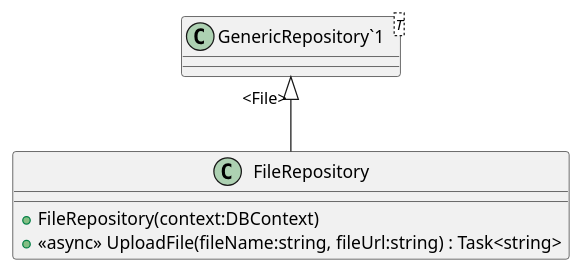
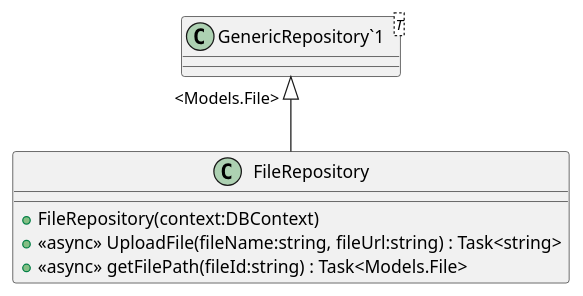
The diagram in YouthActionDotNet/UML/DAL/FileRepository.puml (timothxy/ICT2106_P3_Project), drawn with PlantUML before and after one commit. The commit also changed 29 other files, not shown here.

```diff
--- a/YouthActionDotNet/UML/DAL/FileRepository.puml
+++ b/YouthActionDotNet/UML/DAL/FileRepository.puml
@@ -1,9 +1,10 @@
 @startuml
 class FileRepository {
     + FileRepository(context:DBContext)
     + <<async>> UploadFile(fileName:string, fileUrl:string) : Task<string>
+    + <<async>> getFilePath(fileId:string) : Task<Models.File>
 }
 class "GenericRepository`1"<T> {
 }
-"GenericRepository`1" "<File>" <|-- FileRepository
+"GenericRepository`1" "<Models.File>" <|-- FileRepository
 @enduml
```
